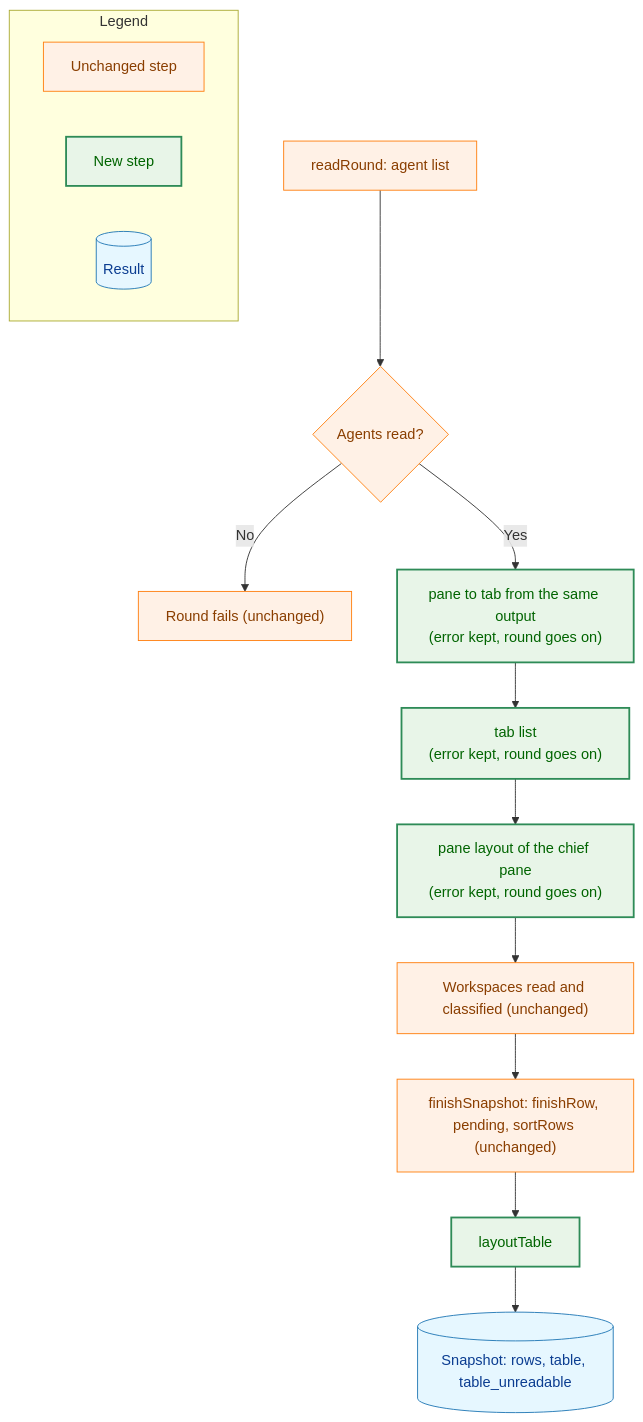
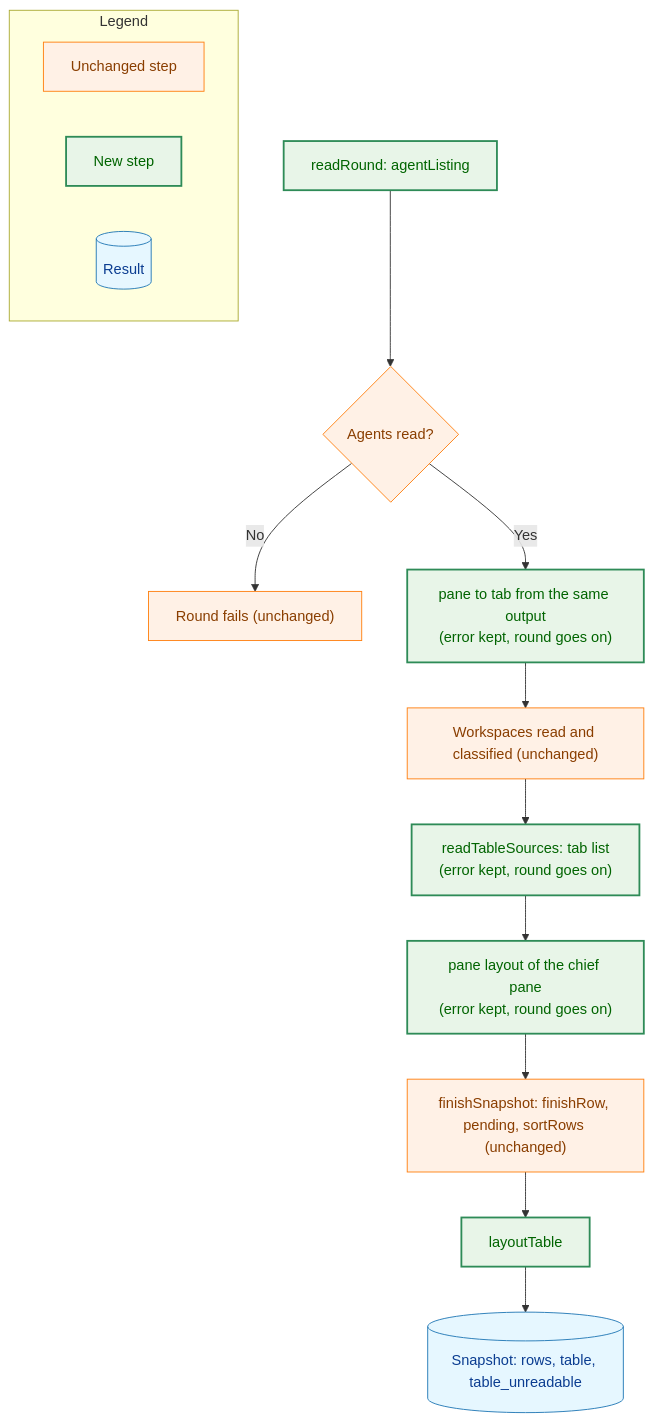
Before and after one commit to isseis/yt2column: the fifth of 5 diagrams in docs/tasks/0102_chief_text_table/02_architecture.md, drawn with Mermaid. The commit also changed other lines of this file and 1 other file, not shown here.

First line of the commit message:
docs(0102): address the review of the architecture

````diff
--- a/docs/tasks/0102_chief_text_table/02_architecture.md
+++ b/docs/tasks/0102_chief_text_table/02_architecture.md
@@ -493,29 +551,29 @@
 ```mermaid
 flowchart TD
     classDef data fill:#e6f7ff,stroke:#1f77b4,stroke-width:1px,color:#0b3d91;
     classDef process fill:#fff1e6,stroke:#ff7f0e,stroke-width:1px,color:#8a3e00;
     classDef enhanced fill:#e8f5e8,stroke:#2e8b57,stroke-width:2px,color:#006400;
 
-    A["readRound: agent list"] --> B{"Agents read?"}
+    A["readRound: agentListing"] --> B{"Agents read?"}
     B -->|"No"| FAIL["Round fails (unchanged)"]
     B -->|"Yes"| C["pane to tab from the same output<br>(error kept, round goes on)"]
-    C --> D["tab list<br>(error kept, round goes on)"]
+    C --> F2["Workspaces read and classified (unchanged)"]
+    F2 --> D["readTableSources: tab list<br>(error kept, round goes on)"]
     D --> E["pane layout of the chief pane<br>(error kept, round goes on)"]
-    E --> F["Workspaces read and classified (unchanged)"]
-    F --> G["finishSnapshot: finishRow, pending, sortRows (unchanged)"]
+    E --> G["finishSnapshot: finishRow, pending, sortRows (unchanged)"]
     G --> H["layoutTable"]
     H --> I[("Snapshot: rows, table, table_unreadable")]
 
-    class A,B,F,G,FAIL process
-    class C,D,E,H enhanced
+    class B,F2,G,FAIL process
+    class A,C,D,E,H enhanced
     class I data
 
     subgraph Legend["Legend"]
         L1["Unchanged step"]
         L2["New step"]
         L3[("Result")]
     end
     class L1 process
     class L2 enhanced
     class L3 data
 ```
````
